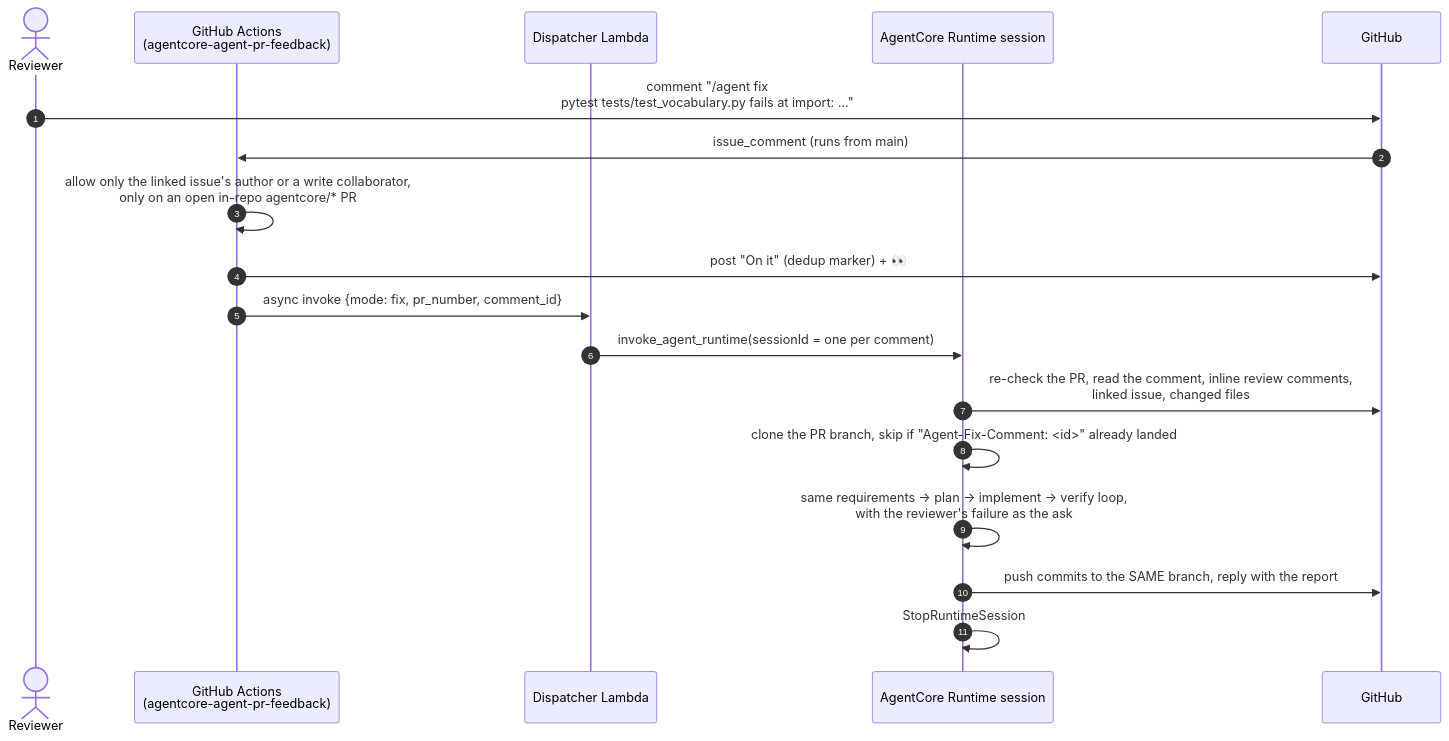
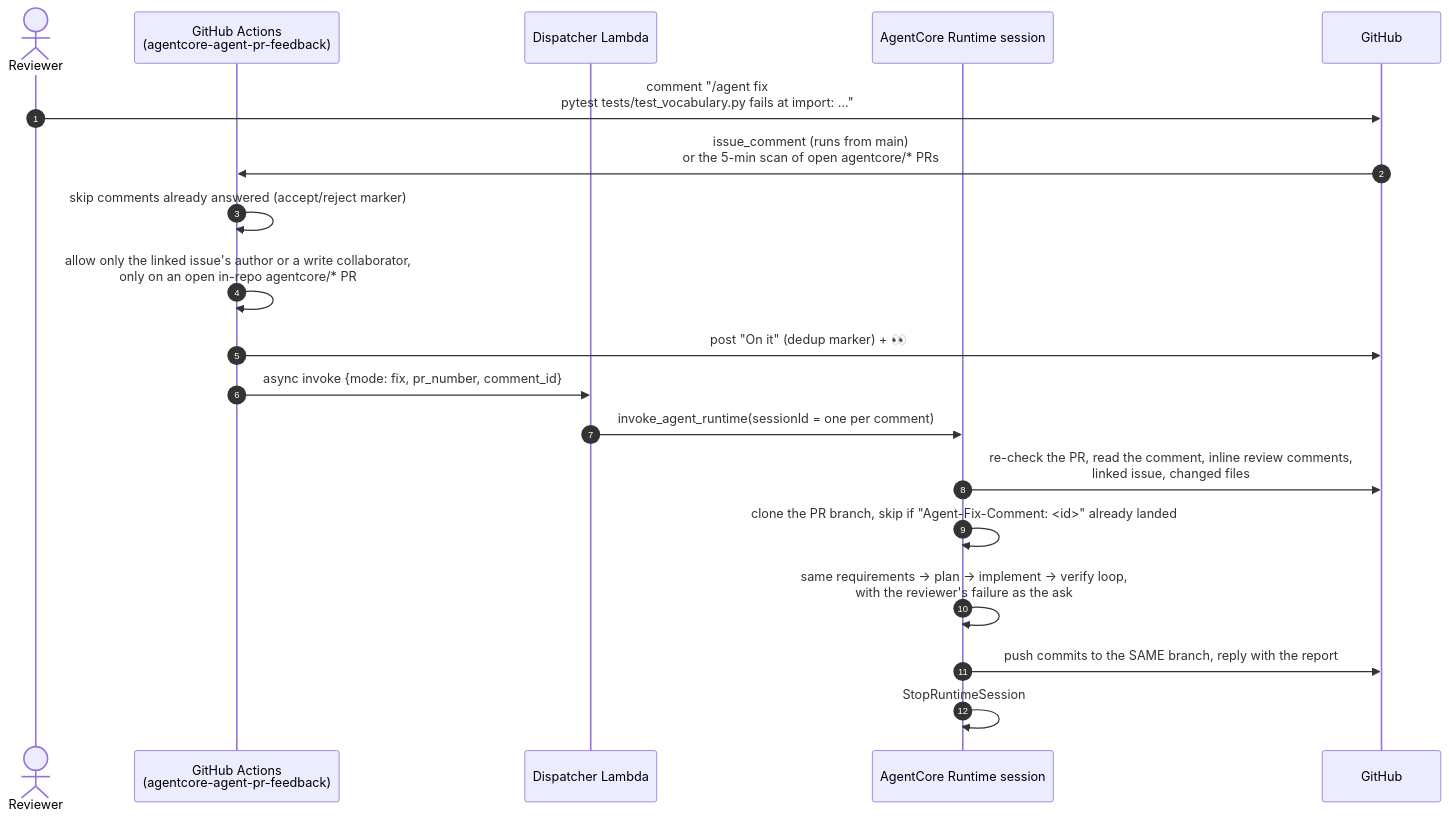
One commit to kaushalavardhanam/kaushalavardhanam changed the third of 5 diagrams in README.md. Above: the diagram before and after it, drawn with Mermaid. The commit also changed other lines of this file and 3 other files, not shown here.

Commit message:
Read comments and kickoff fix on open PRs

````diff
--- a/README.md
+++ b/README.md
@@ -82,21 +82,22 @@
 ```mermaid
 sequenceDiagram
     autonumber
     actor Rev as Reviewer
     participant GA as GitHub Actions<br/>(agentcore-agent-pr-feedback)
     participant L as Dispatcher Lambda
     participant R as AgentCore Runtime session
     participant GH as GitHub
 
     Rev->>GH: comment "/agent fix<br/>pytest tests/test_vocabulary.py fails at import: ..."
-    GH->>GA: issue_comment (runs from main)
+    GH->>GA: issue_comment (runs from main)<br/>or the 5-min scan of open agentcore/* PRs
+    GA->>GA: skip comments already answered (accept/reject marker)
     GA->>GA: allow only the linked issue's author or a write collaborator,<br/>only on an open in-repo agentcore/* PR
     GA->>GH: post "On it" (dedup marker) + 👀
     GA->>L: async invoke {mode: fix, pr_number, comment_id}
     L->>R: invoke_agent_runtime(sessionId = one per comment)
     R->>GH: re-check the PR, read the comment, inline review comments,<br/>linked issue, changed files
     R->>R: clone the PR branch, skip if "Agent-Fix-Comment: <id>" already landed
     R->>R: same requirements -> plan -> implement -> verify loop,<br/>with the reviewer's failure as the ask
     R->>GH: push commits to the SAME branch, reply with the report
     R->>R: StopRuntimeSession
 ```
````
